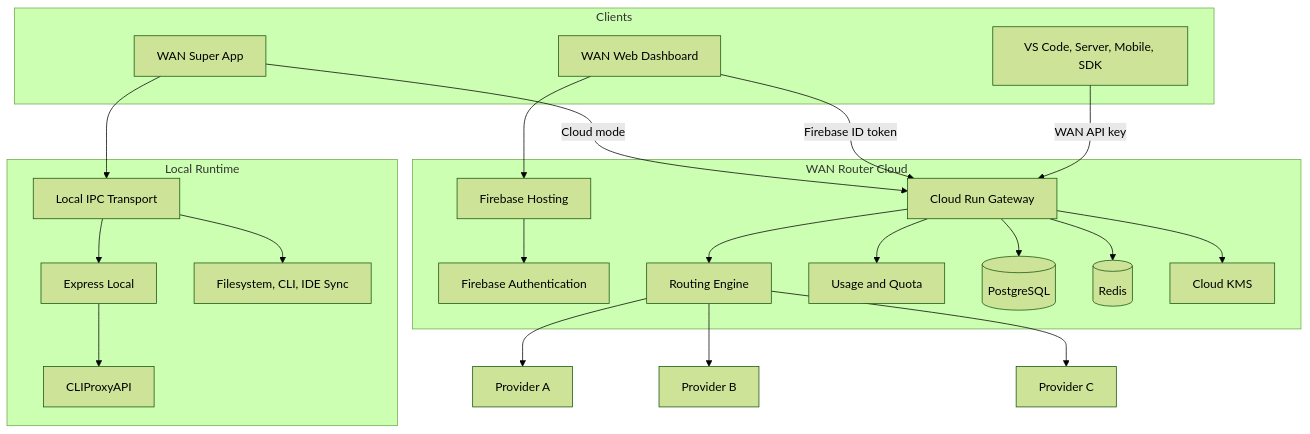
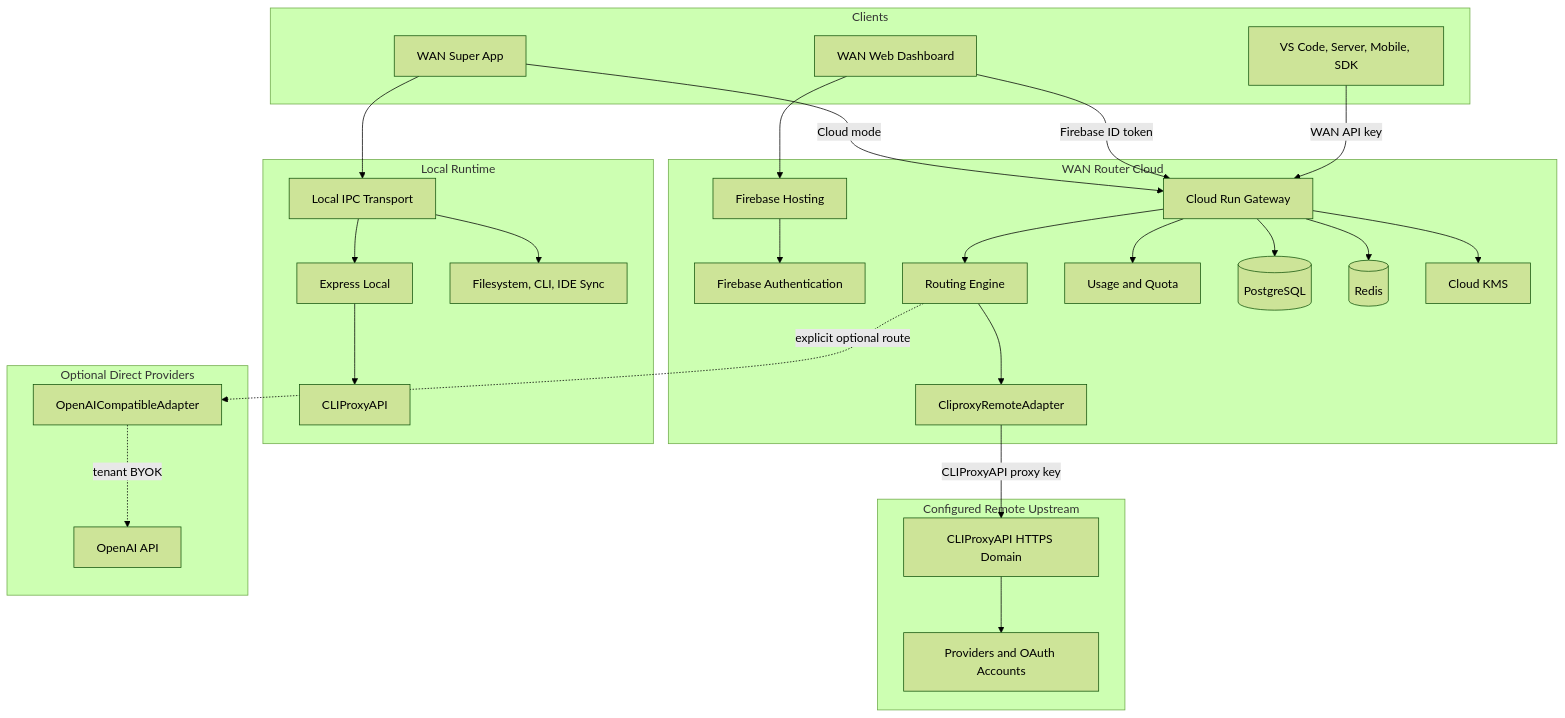
One commit to setiyawan12/WAN-SUPER-APP changed the second of 3 diagrams in modules/cliproxy/HANDBOOK-WAN-ROUTER-CLOUD.md. Above: the diagram before and after it, drawn with Mermaid (forest theme). The commit also changed other lines of this file and 134 other files, not shown here.

````diff
--- a/modules/cliproxy/HANDBOOK-WAN-ROUTER-CLOUD.md
+++ b/modules/cliproxy/HANDBOOK-WAN-ROUTER-CLOUD.md
@@ -152,46 +227,59 @@
 ```mermaid
 flowchart TB
     subgraph Clients
         Desktop[WAN Super App]
         Browser[WAN Web Dashboard]
         External[VS Code, Server, Mobile, SDK]
     end
 
     subgraph LocalRuntime[Local Runtime]
         LocalTransport[Local IPC Transport]
         LocalBackend[Express Local]
         LocalProxy[CLIProxyAPI]
         LocalTools[Filesystem, CLI, IDE Sync]
     end
 
     subgraph CloudRuntime[WAN Router Cloud]
         Hosting[Firebase Hosting]
         Auth[Firebase Authentication]
         Gateway[Cloud Run Gateway]
         Router[Routing Engine]
+      RemoteAdapter[CliproxyRemoteAdapter]
         Usage[Usage and Quota]
         DB[(PostgreSQL)]
         Cache[(Redis)]
         KMS[Cloud KMS]
+    end
+
+    subgraph ConfiguredUpstream[Configured Remote Upstream]
+      RemoteProxy[CLIProxyAPI HTTPS Domain]
+      RemoteProviders[Providers and OAuth Accounts]
+    end
+
+    subgraph OptionalDirect[Optional Direct Providers]
+      OpenAIAdapter[OpenAICompatibleAdapter]
+      OpenAI[OpenAI API]
     end
 
     Desktop --> LocalTransport
     LocalTransport --> LocalBackend
     LocalBackend --> LocalProxy
     LocalTransport --> LocalTools
 
     Desktop -->|Cloud mode| Gateway
     Browser --> Hosting
     Hosting --> Auth
     Browser -->|Firebase ID token| Gateway
     External -->|WAN API key| Gateway
 
     Gateway --> Router
     Gateway --> Usage
-    Router --> ProviderA[Provider A]
-    Router --> ProviderB[Provider B]
-    Router --> ProviderC[Provider C]
+    Router --> RemoteAdapter
+    RemoteAdapter -->|CLIProxyAPI proxy key| RemoteProxy
+    RemoteProxy --> RemoteProviders
+    Router -. explicit optional route .-> OpenAIAdapter
+    OpenAIAdapter -. tenant BYOK .-> OpenAI
     Gateway --> DB
     Gateway --> Cache
     Gateway --> KMS
 ```
````
